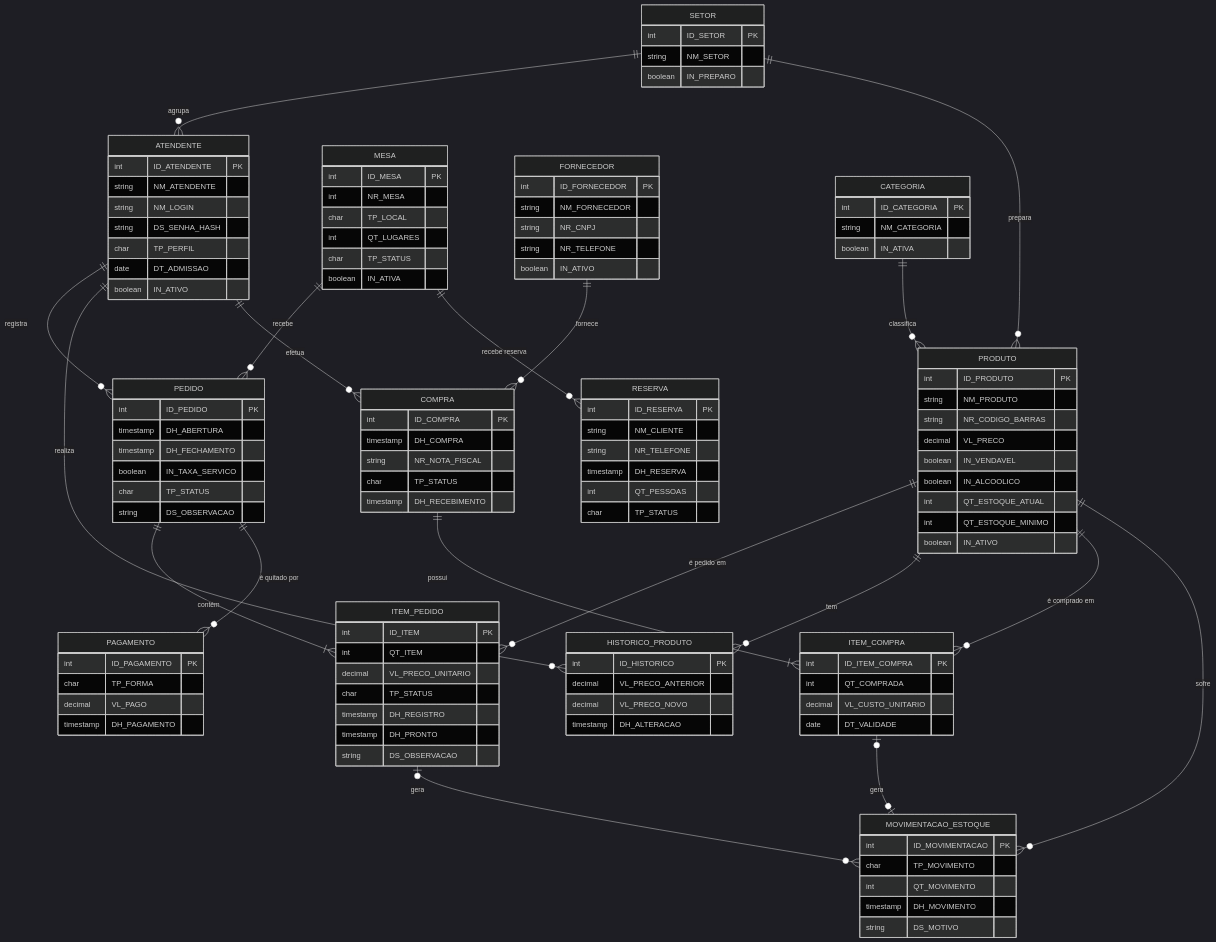
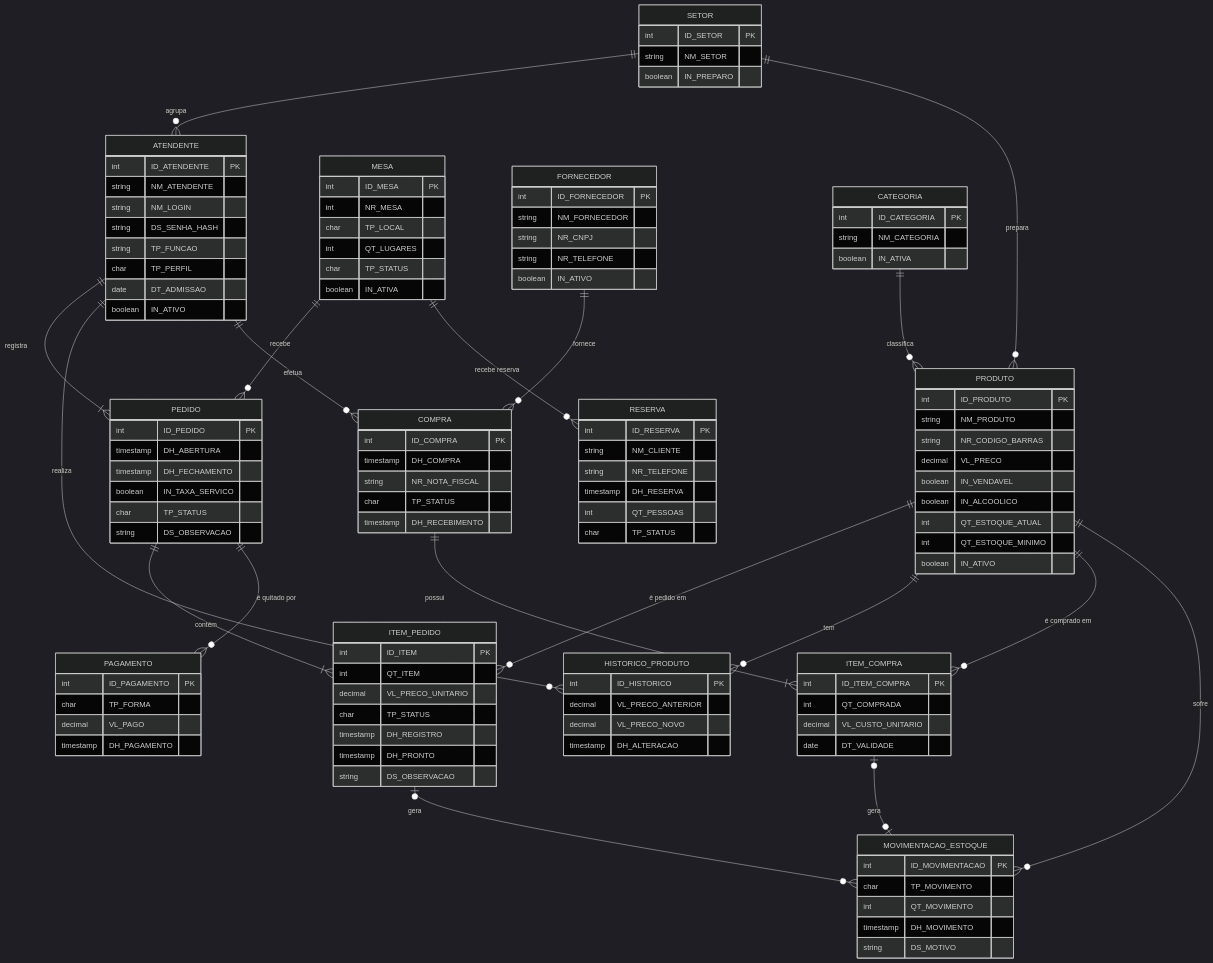
One commit to Victin7/modelagem-dados changed the third of 3 diagrams in README.md. Above: the diagram before and after it, drawn with Mermaid (dark theme). The commit also changed other lines of this file and 5 other files, not shown here.

```diff
--- a/README.md
+++ b/README.md
@@ -623,7 +624,7 @@
 erDiagram
     SETOR ||--o{ ATENDENTE : "agrupa"
     SETOR ||--o{ PRODUTO : "prepara"
-    ATENDENTE ||--o{ PEDIDO : "registra"
+    ATENDENTE ||--|{ PEDIDO : "registra"
     MESA ||--o{ PEDIDO : "recebe"
     PEDIDO ||--|{ ITEM_PEDIDO : "contém"
     PRODUTO ||--o{ ITEM_PEDIDO : "é pedido em"
@@ -650,6 +651,7 @@
         string NM_ATENDENTE
         string NM_LOGIN
         string DS_SENHA_HASH
+        string TP_FUNCAO
         char TP_PERFIL
         date DT_ADMISSAO
         boolean IN_ATIVO
```
